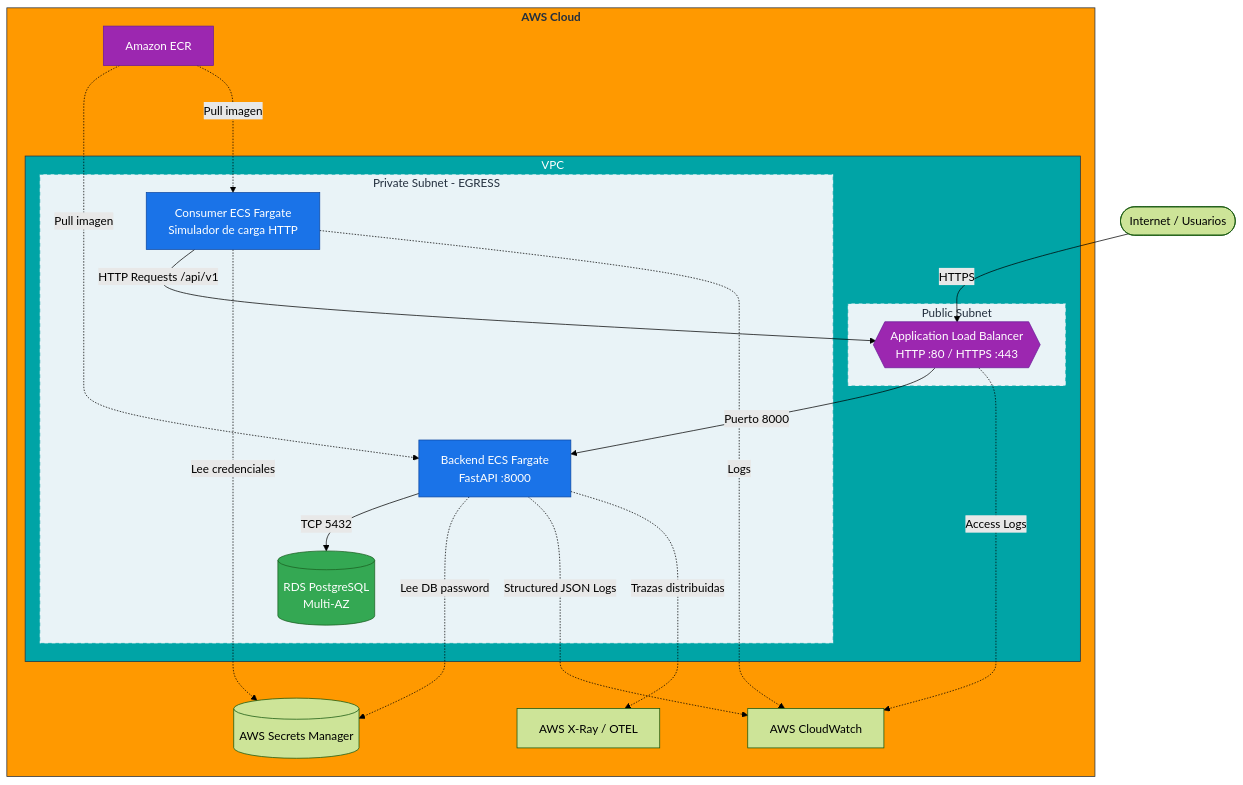
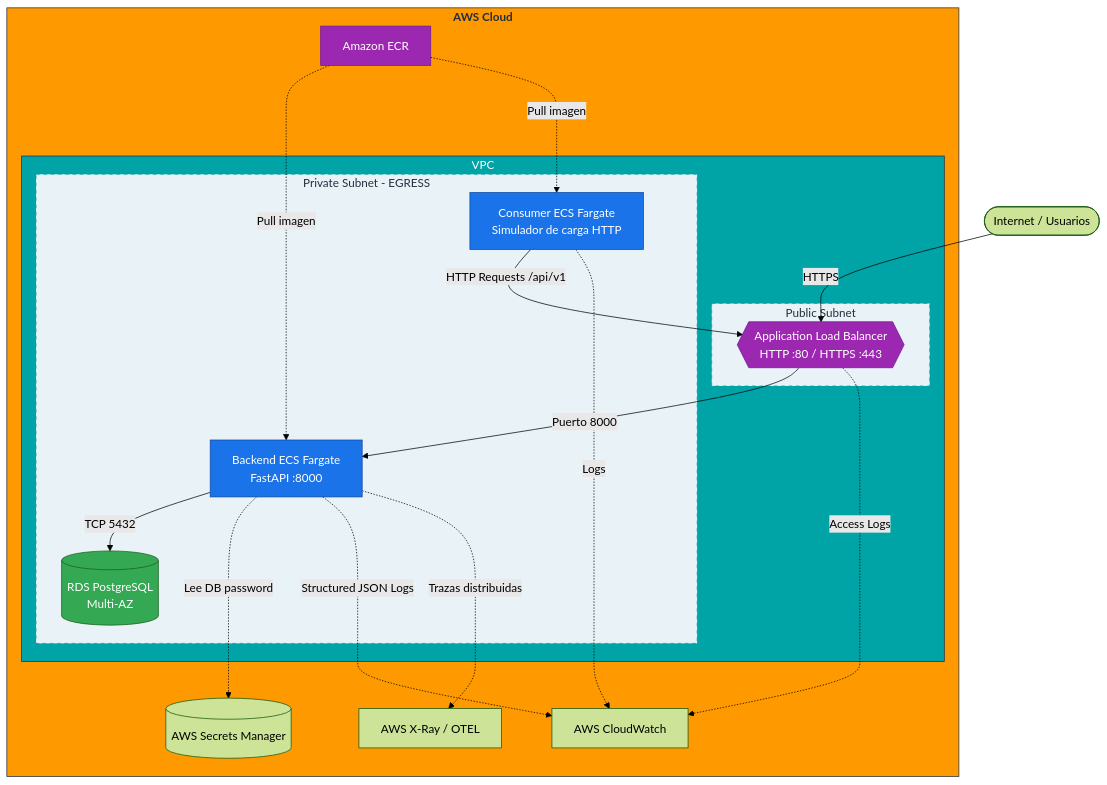
The diagram in AWS_PROPOSAL.md (11julio11/Prueba-T-cnica), drawn with Mermaid (forest theme) before and after one commit. The commit also changed other lines of this file and 2 other files, not shown here.

Commit message:
feat: implement request consumer with retry logic, request tracing, and hardened security policies

````diff
--- a/AWS_PROPOSAL.md
+++ b/AWS_PROPOSAL.md
@@ -33,53 +33,52 @@
 ```mermaid
 flowchart TD
     Internet([Internet / Usuarios])
 
     subgraph AWS [AWS Cloud]
         Secrets[(AWS Secrets Manager)]
         CW[AWS CloudWatch]
         XRay[AWS X-Ray / OTEL]
         ECR[Amazon ECR]
 
         subgraph VPC [VPC]
             subgraph Public [Public Subnet]
                 ALB{{Application Load Balancer\nHTTP :80 / HTTPS :443}}
             end
 
             subgraph Private [Private Subnet - EGRESS]
                 Backend[Backend ECS Fargate\nFastAPI :8000]
                 Consumer[Consumer ECS Fargate\nSimulador de carga HTTP]
                 RDS[(RDS PostgreSQL\nMulti-AZ)]
             end
         end
     end
 
     Internet -->|HTTPS| ALB
     Consumer -->|HTTP Requests /api/v1| ALB
     ALB -->|Puerto 8000| Backend
     Backend -->|TCP 5432| RDS
 
     ECR -..->|Pull imagen| Backend
     ECR -..->|Pull imagen| Consumer
 
     Backend -..->|Lee DB password| Secrets
-    Consumer -..->|Lee credenciales| Secrets
 
     Backend -..->|Structured JSON Logs| CW
     Consumer -..->|Logs| CW
     ALB -..->|Access Logs| CW
     Backend -..->|Trazas distribuidas| XRay
 
     classDef aws fill:#FF9900,color:#232F3E,stroke:#232F3E,font-weight:bold;
     classDef vpc fill:#00A4A6,color:white,stroke:#232F3E;
     classDef subnet fill:#E9F3F7,color:#232F3E,stroke:#00A4A6,stroke-dasharray:5 5;
     classDef service fill:#1A73E8,color:white,stroke:#0D47A1;
     classDef storage fill:#34A853,color:white,stroke:#1B5E20;
     classDef infra fill:#9C27B0,color:white,stroke:#6A1B9A;
 
     class AWS aws;
     class VPC vpc;
     class Public,Private subnet;
     class Backend,Consumer service;
     class RDS storage;
     class ALB,ECR infra;
 ```
````
